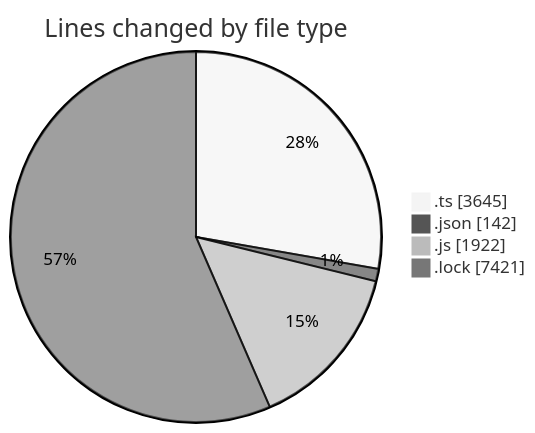
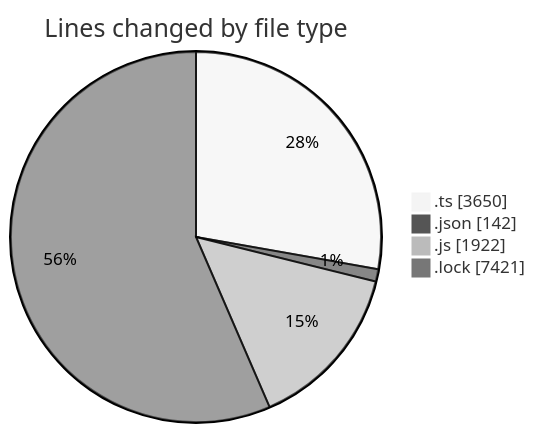
The first of 2 diagrams in 2025-07-30/cda/README.md (momahboobian/code-tracking), drawn with Mermaid (neutral theme) before and after one commit. The commit also changed other lines of this file and 1 other file, not shown here.

````diff
--- a/2025-07-30/cda/README.md
+++ b/2025-07-30/cda/README.md
@@ -29,8 +29,8 @@
 ```mermaid
 pie showData
 title Lines changed by file type
-".ts" : 3645
+".ts" : 3650
 ".json" : 142
 ".js" : 1922
 ".lock" : 7421
 ```
````
